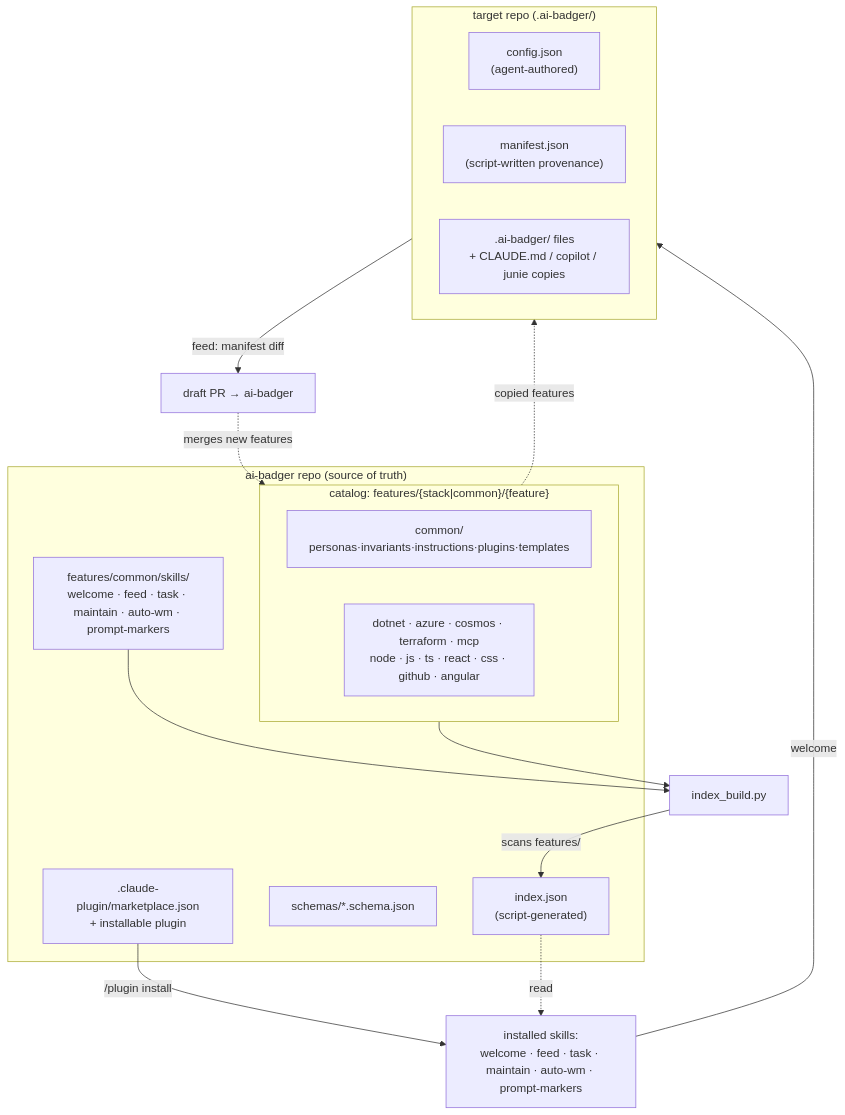
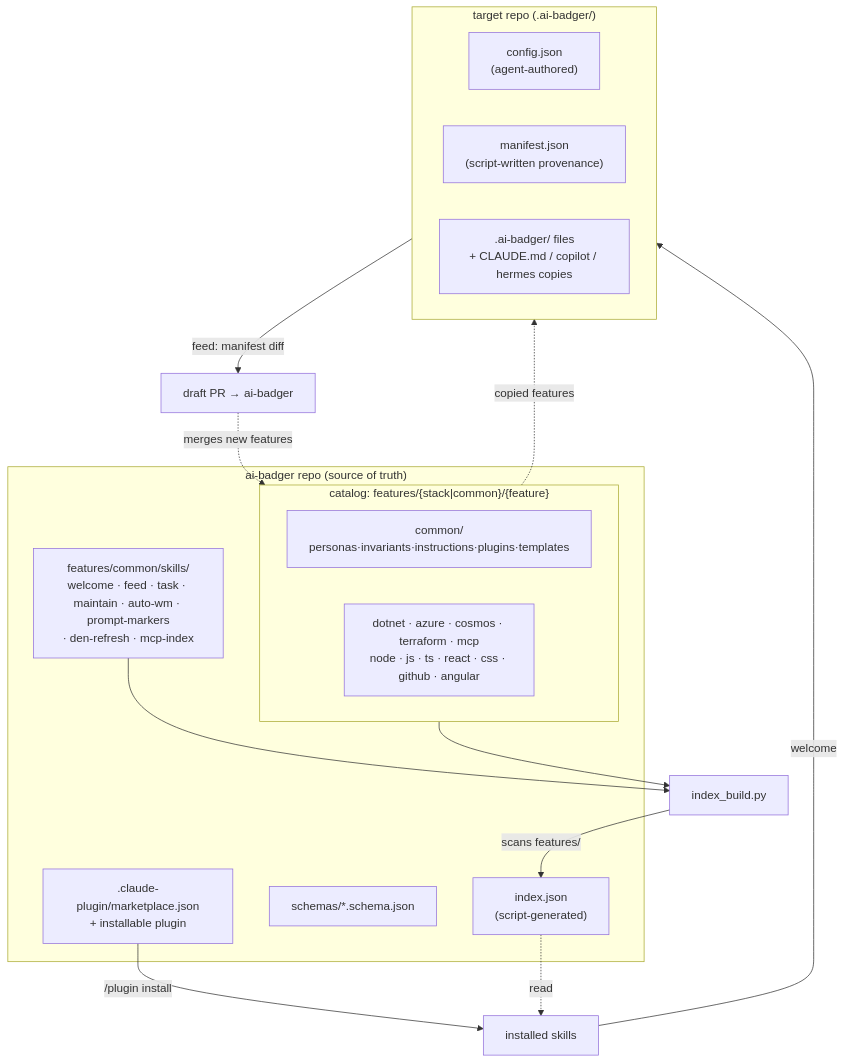
The diagram in README.md (Arasz/ai-badger), drawn with Mermaid before and after one commit. The commit also changed other lines of this file and 4 other files, not shown here.

````diff
--- a/README.md
+++ b/README.md
@@ -117,27 +146,27 @@
 ```mermaid
 flowchart TB
   subgraph FW["ai-badger repo (source of truth)"]
     IDX["index.json\n(script-generated)"]
     SCH["schemas/*.schema.json"]
     subgraph CAT["catalog: features/{stack|common}/{feature}"]
       COMMON["common/\npersonas·invariants·instructions·plugins·templates"]
       STACKS["dotnet · azure · cosmos · terraform · mcp\nnode · js · ts · react · css · github · angular"]
     end
-    SKILLSDIR["features/common/skills/\nwelcome · feed · task · maintain · auto-wm · prompt-markers"]
+    SKILLSDIR["features/common/skills/\nwelcome · feed · task · maintain · auto-wm · prompt-markers\n· den-refresh · mcp-index"]
     MKT[".claude-plugin/marketplace.json\n+ installable plugin"]
   end
   IDXbuild["index_build.py"] -->|scans features/| IDX
   CAT --> IDXbuild
   SKILLSDIR --> IDXbuild
-  MKT -->|/plugin install| SKILLS["installed skills:\nwelcome · feed · task · maintain · auto-wm · prompt-markers"]
+  MKT -->|/plugin install| SKILLS["installed skills"]
   IDX -. read .-> SKILLS
   CAT -. copied features .-> PROJ
   subgraph PROJ["target repo (.ai-badger/)"]
     CFG["config.json\n(agent-authored)"]
     MAN["manifest.json\n(script-written provenance)"]
-    OUT[".ai-badger/ files\n+ CLAUDE.md / copilot / junie copies"]
+    OUT[".ai-badger/ files\n+ CLAUDE.md / copilot / hermes copies"]
   end
   SKILLS -->|welcome| PROJ
   PROJ -->|feed: manifest diff| PRD["draft PR → ai-badger"]
   PRD -. merges new features .-> CAT
 ```
````
